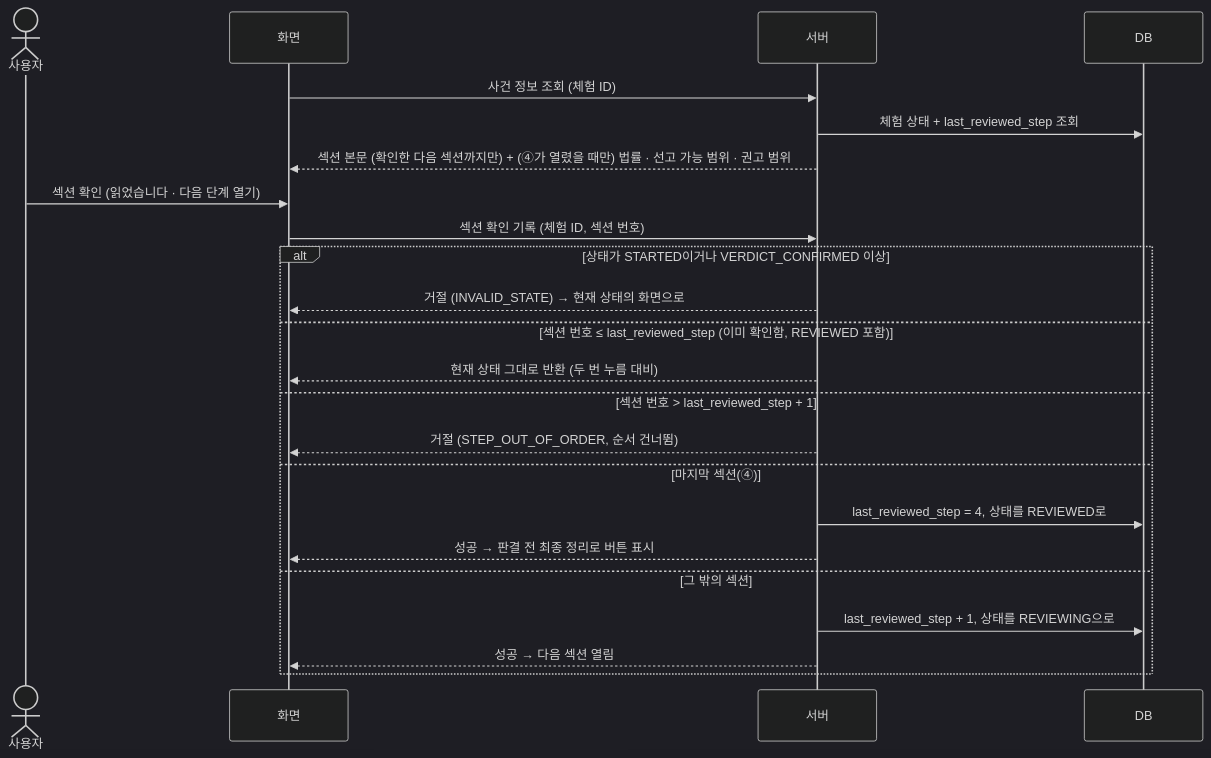
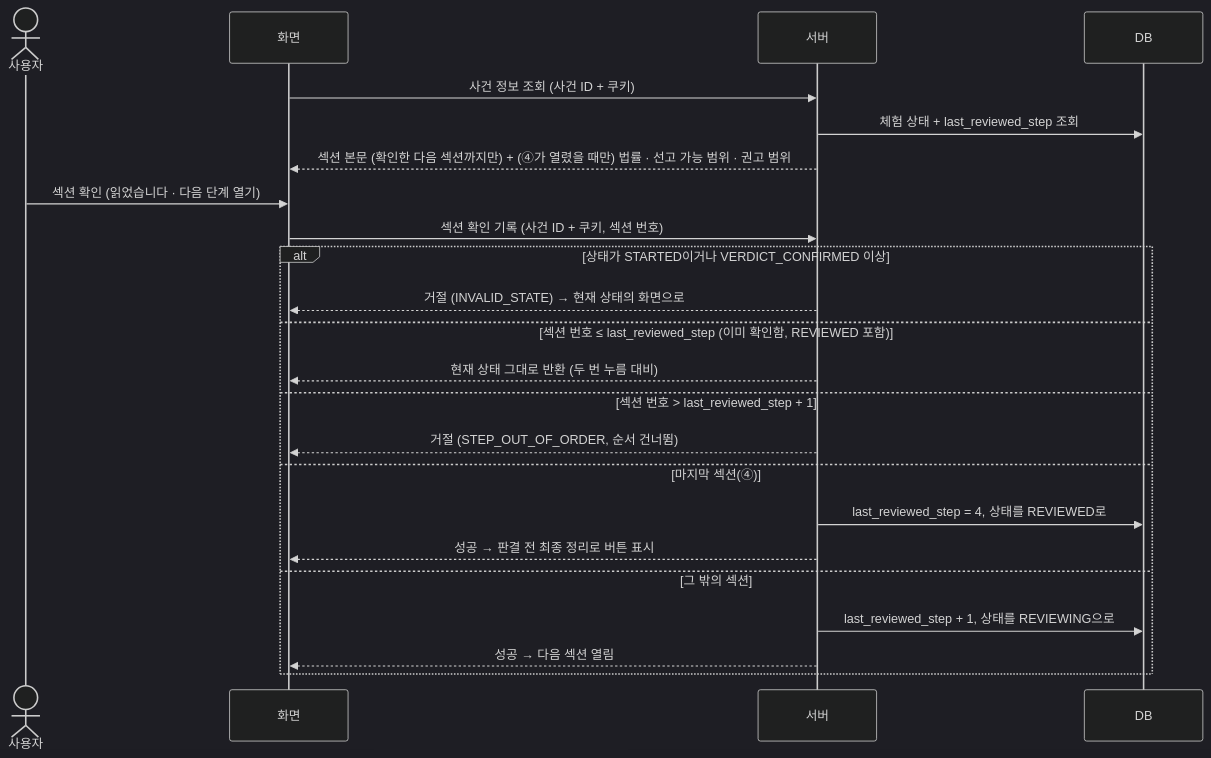
The fourth of 7 diagrams in docs/sequence-diagram.md (prgrms-aibe-devcourse/AIBE7_FinalProject_Team2), drawn with Mermaid (dark theme) before and after one commit. The commit also changed other lines of this file and 1 other file, not shown here.

Commit message:
docs : COMMON-4 API 명세 · 시퀀스 다이어그램에 정합성 점검 결정 반영

````diff
--- a/docs/sequence-diagram.md
+++ b/docs/sequence-diagram.md
@@ -132,26 +140,26 @@
 ```mermaid
 sequenceDiagram
     actor U as 사용자
     participant F as 화면
     participant S as 서버
     participant D as DB
  
-    F->>S: 사건 정보 조회 (체험 ID)
+    F->>S: 사건 정보 조회 (사건 ID + 쿠키)
     S->>D: 체험 상태 + last_reviewed_step 조회
     S-->>F: 섹션 본문 (확인한 다음 섹션까지만) + (④가 열렸을 때만) 법률 · 선고 가능 범위 · 권고 범위
     U->>F: 섹션 확인 (읽었습니다 · 다음 단계 열기)
-    F->>S: 섹션 확인 기록 (체험 ID, 섹션 번호)
+    F->>S: 섹션 확인 기록 (사건 ID + 쿠키, 섹션 번호)
     alt 상태가 STARTED이거나 VERDICT_CONFIRMED 이상
         S-->>F: 거절 (INVALID_STATE) → 현재 상태의 화면으로
     else 섹션 번호 ≤ last_reviewed_step (이미 확인함, REVIEWED 포함)
         S-->>F: 현재 상태 그대로 반환 (두 번 누름 대비)
     else 섹션 번호 > last_reviewed_step + 1
         S-->>F: 거절 (STEP_OUT_OF_ORDER, 순서 건너뜀)
     else 마지막 섹션(④)
         S->>D: last_reviewed_step = 4, 상태를 REVIEWED로
         S-->>F: 성공 → 판결 전 최종 정리로 버튼 표시
     else 그 밖의 섹션
         S->>D: last_reviewed_step + 1, 상태를 REVIEWING으로
         S-->>F: 성공 → 다음 섹션 열림
     end
 ```
````
